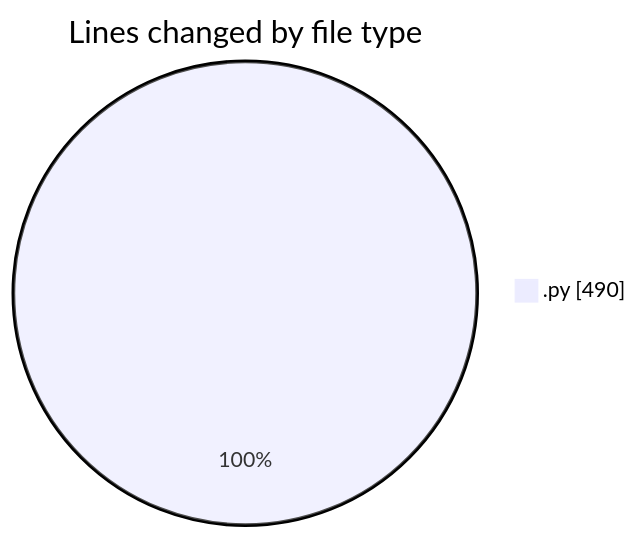
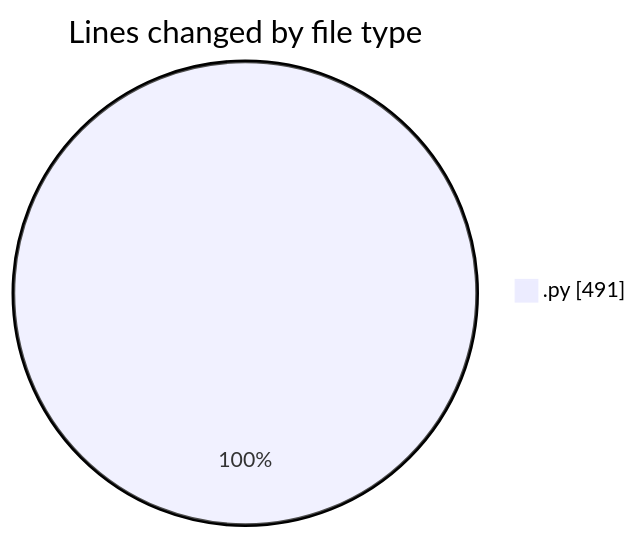
Before and after one commit to MatusMokan/code-tracking: the first of 2 diagrams in 2025-01-12/myws__workspace_/README.md, drawn with Mermaid. The commit also changed other lines of this file and 1 other file, not shown here.

````diff
--- a/2025-01-12/myws__workspace_/README.md
+++ b/2025-01-12/myws__workspace_/README.md
@@ -21,5 +21,5 @@
 ```mermaid
 pie showData
 title Lines changed by file type
-".py" : 490
+".py" : 491
 ```
````
